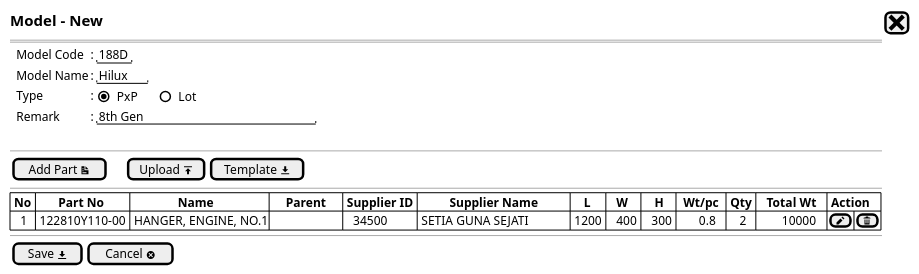
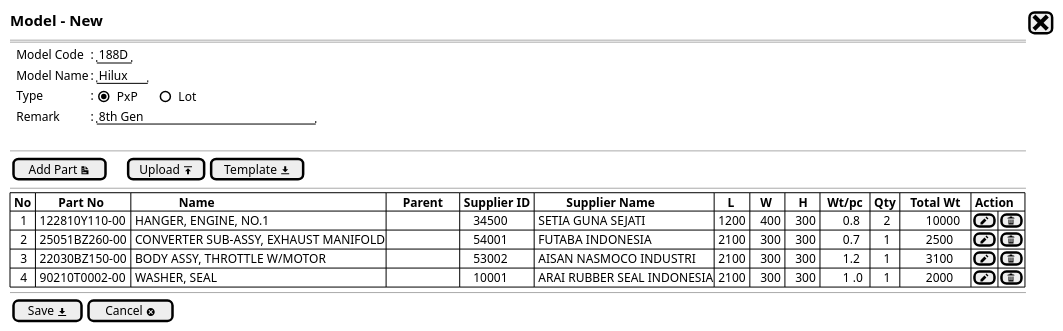
The diagram in Model/model - newstep1b.puml (ari-fikri/packing-cost-mockup), drawn with PlantUML before and after one commit. The commit also changed 5 other files, not shown here.

```diff
--- a/Model/model - newstep1b.puml
+++ b/Model/model - newstep1b.puml
@@ -1,28 +1,34 @@
 @startsalt
 {
   <size:15><b>Model - New |[<size:25><&x>]|*
   ==
   
   {   
     .|Model Code |: |"188D" |*
     .|Model Name |: |"Hilux " |*
     .|Type       |: { (X)PxP      |   ()Lot  }*        
     .|Remark     |: |"8th Gen                    "|*
   }
   .
 --
   {
     [Add Part <&document>]|.|.|.|[Upload <&data-transfer-upload>]| [Template <&data-transfer-download>]|
   }
   --
   {#
-    | <b>No |       <b>Part No       |               <b>Name               |     <b>Parent     | <b>Supplier ID |          <b>Supplier Name          |    <b>L  |   <b>W   |    <b>H   |  <b>Wt/pc  | <b>Qty |<b>   Total Wt   |<b> Action |*|*
-    |   1   | 122810Y110-00          | HANGER, ENGINE, NO.1      |.                  |    34500       | SETIA GUNA SEJATI                  |  1200    |   400    |   300     |       0.8  |     2  |         10000   |[<&pencil>]|[<&trash>]|*
+    | <b>No |       <b>Part No       |               <b>Name               |     <b>Parent     | <b>Supplier ID |          <b>Supplier Name          |    <b>L  |   <b>W   |    <b>H   |  <b>Wt/pc  | <b>Qty |<b>   Total Wt   | <b>Action |*|*
+    |   1    | 122810Y110-00         | HANGER, ENGINE, NO.1                |.                  |    34500       | SETIA GUNA SEJATI                  |  1200    |   400    |   300     |       0.8  |     2  |         10000   |[<&pencil>]|[<&trash>]|*
+    |   2    | 25051BZ260-00 	       | CONVERTER SUB-ASSY, EXHAUST MANIFOLD|.                  |    54001    	  | FUTABA INDONESIA                   |  2100    |   300    |   300     |       0.7  |     1  |         2500    |[<&pencil>]|[<&trash>]|*
+    |   3    | 22030BZ150-00 	       | BODY ASSY, THROTTLE W/MOTOR	       |.                  |    53002       | AISAN NASMOCO INDUSTRI             |  2100    |   300    |   300     |       1.2  |     1  |         3100    |[<&pencil>]|[<&trash>]|*
+    |   4    | 90210T0002-00 	       | WASHER, SEAL	                       |.                  |    10001       | ARAI RUBBER SEAL INDONESIA         |  2100    |   300    |   300     |       1 .0 |     1  |         2000    |[<&pencil>]|[<&trash>]|* 
+    
+
+
   }
   --
   {
   [ Save <&data-transfer-download>] |  [Cancel <&circle-x> ]|*
   }
 }
 
   @endsalt
```
